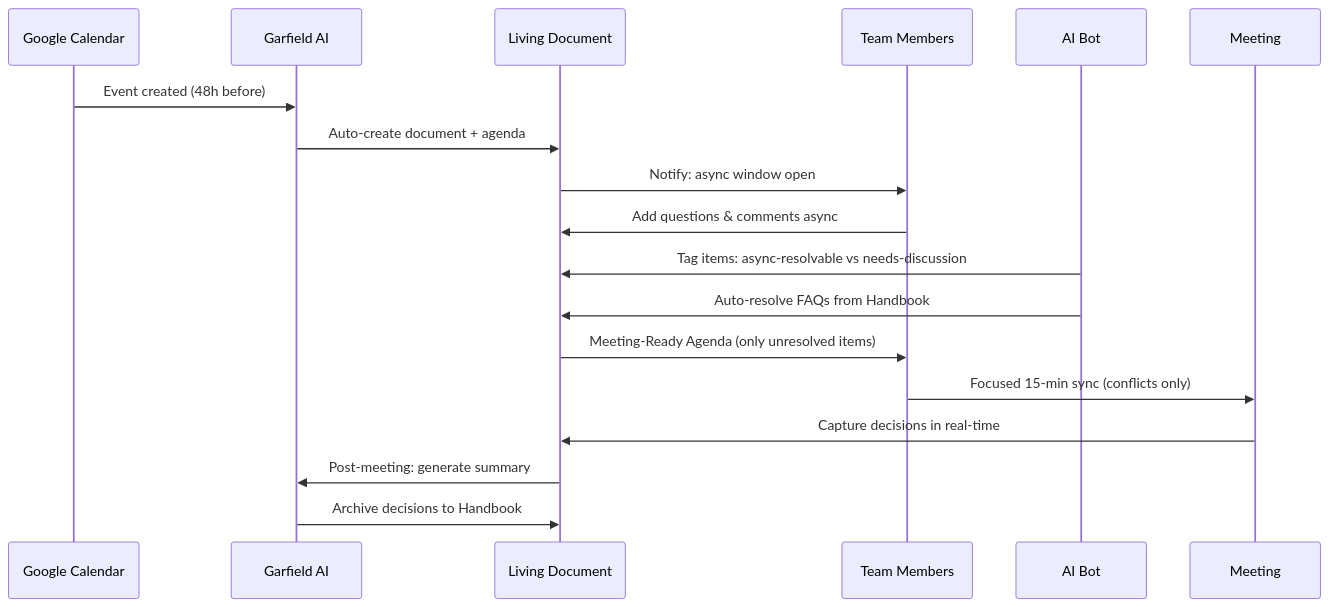
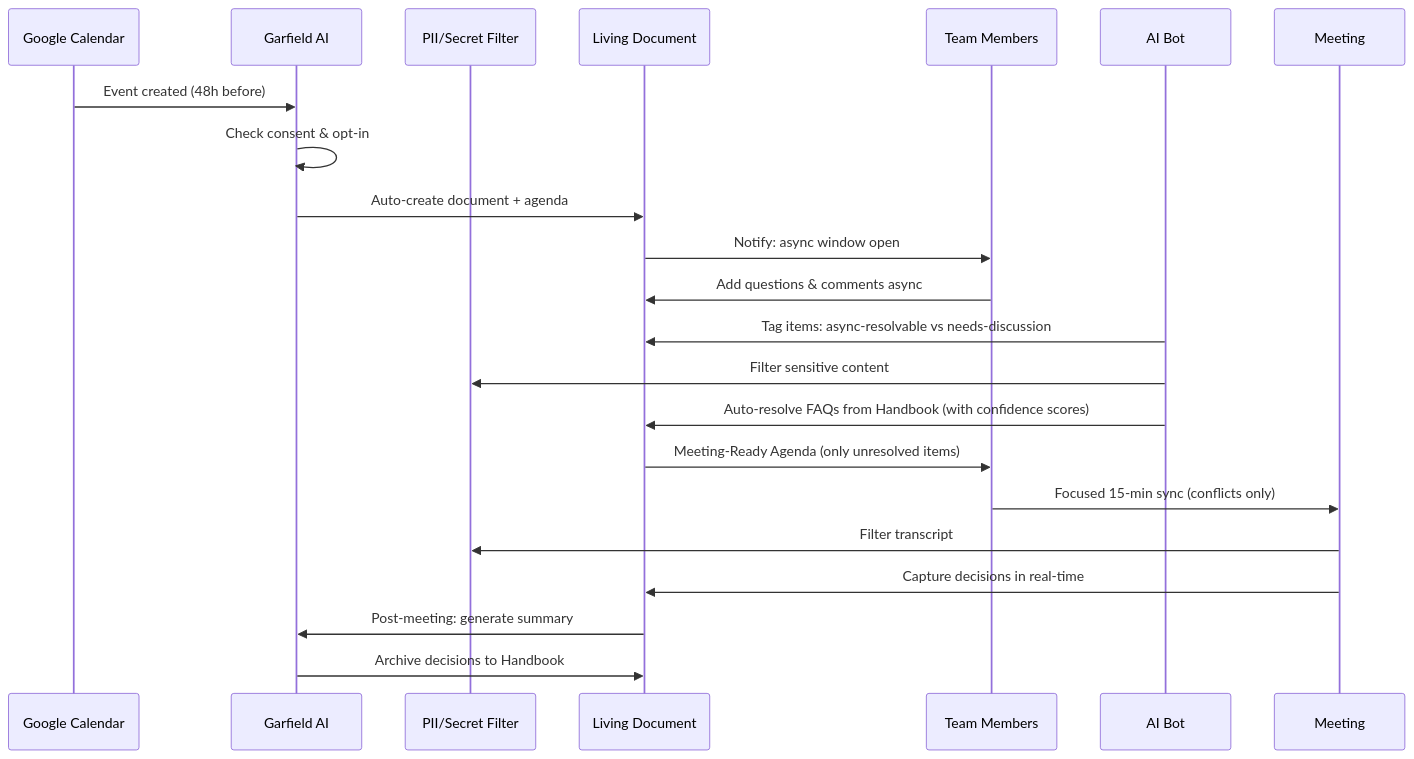
The seventh of 9 diagrams in docs/architecture.md (ckmonish2000/Garfield), drawn with Mermaid before and after one commit. The commit also changed other lines of this file and 1 other file, not shown here.

Commit message:
feat: update the architecture to make it more robust and detailed

````diff
--- a/docs/architecture.md
+++ b/docs/architecture.md
@@ -259,21 +373,25 @@
 ```mermaid
 sequenceDiagram
     participant Cal as Google Calendar
     participant GAI as Garfield AI
+    participant PII as PII/Secret Filter
     participant Doc as Living Document
     participant Team as Team Members
     participant Bot as AI Bot
     participant Meet as Meeting
 
     Cal->>GAI: Event created (48h before)
+    GAI->>GAI: Check consent & opt-in
     GAI->>Doc: Auto-create document + agenda
     Doc->>Team: Notify: async window open
     Team->>Doc: Add questions & comments async
     Bot->>Doc: Tag items: async-resolvable vs needs-discussion
-    Bot->>Doc: Auto-resolve FAQs from Handbook
+    Bot->>PII: Filter sensitive content
+    Bot->>Doc: Auto-resolve FAQs from Handbook (with confidence scores)
     Doc->>Team: Meeting-Ready Agenda (only unresolved items)
     Team->>Meet: Focused 15-min sync (conflicts only)
+    Meet->>PII: Filter transcript
     Meet->>Doc: Capture decisions in real-time
     Doc->>GAI: Post-meeting: generate summary
     GAI->>Doc: Archive decisions to Handbook
 ```
````
